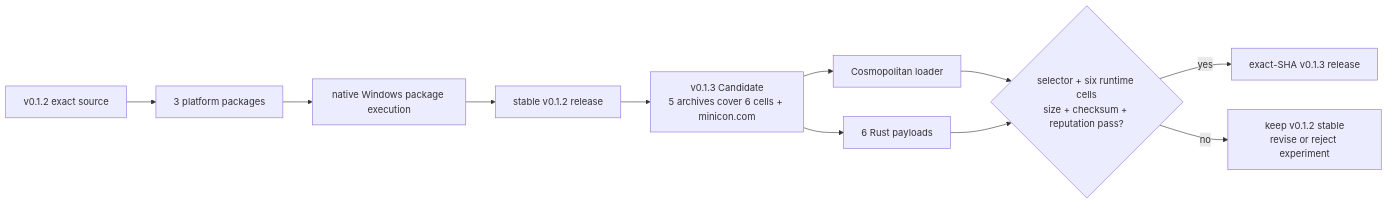
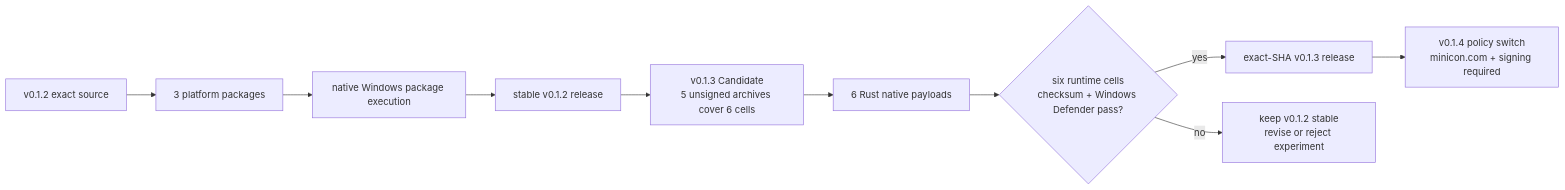
Before and after one commit to partnernetsoftware/minicon: the first of 4 diagrams in prd/PRD_02_27_con_delivery.md, drawn with Mermaid. The commit also changed other lines of this file and 19 other files, not shown here.

Commit message:
release: configure optional signing by version policy

````diff
--- a/prd/PRD_02_27_con_delivery.md
+++ b/prd/PRD_02_27_con_delivery.md
@@ -64,12 +70,12 @@
 ```mermaid
 flowchart LR
     S12["v0.1.2 exact source"] --> B12["3 platform packages"]
     B12 --> W12["native Windows package execution"]
     W12 --> R12["stable v0.1.2 release"]
-    R12 --> X13["v0.1.3 Candidate<br/>5 archives cover 6 cells + minicon.com"]
-    X13 --> L13["Cosmopolitan loader"]
-    X13 --> P13["6 Rust payloads"]
-    L13 & P13 --> G13{"selector + six runtime cells<br/>size + checksum + reputation pass?"}
+    R12 --> X13["v0.1.3 Candidate<br/>5 unsigned archives cover 6 cells"]
+    X13 --> P13["6 Rust native payloads"]
+    P13 --> G13{"six runtime cells<br/>checksum + Windows Defender pass?"}
     G13 -->|yes| R13["exact-SHA v0.1.3 release"]
     G13 -->|no| K12["keep v0.1.2 stable<br/>revise or reject experiment"]
+    R13 --> X14["v0.1.4 policy switch<br/>minicon.com + signing required"]
 ```
````
